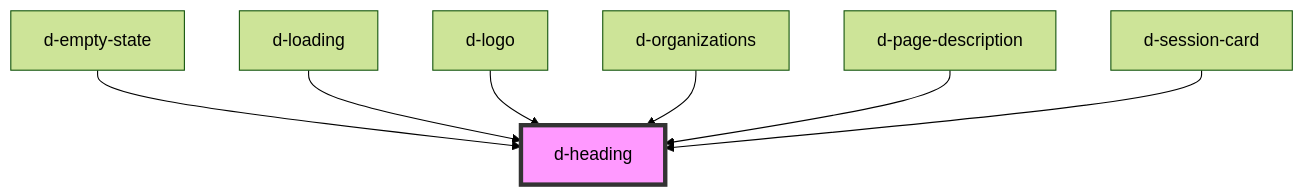
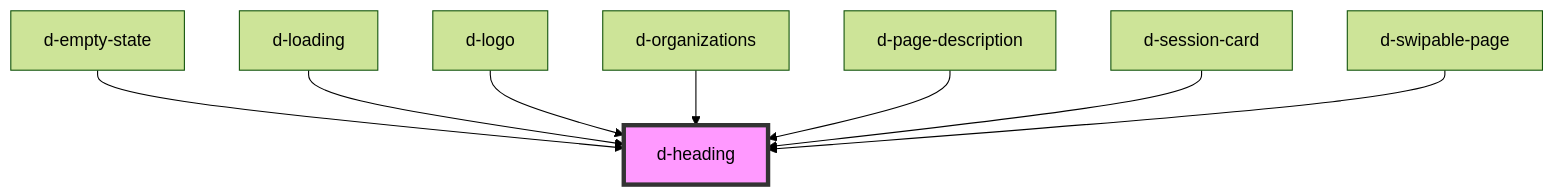
One commit to ForkbombEu/didroom-components changed the diagram in src/components/heading/readme.md. Above: the diagram before and after it, drawn with Mermaid (forest theme). The commit also changed other lines of this file and 8 other files, not shown here.

Commit message:
feat: swipable-page

````diff
--- a/src/components/heading/readme.md
+++ b/src/components/heading/readme.md
@@ -28,10 +29,11 @@
 ```mermaid
 graph TD;
   d-empty-state --> d-heading
   d-loading --> d-heading
   d-logo --> d-heading
   d-organizations --> d-heading
   d-page-description --> d-heading
   d-session-card --> d-heading
+  d-swipable-page --> d-heading
   style d-heading fill:#f9f,stroke:#333,stroke-width:4px
 ```
````
